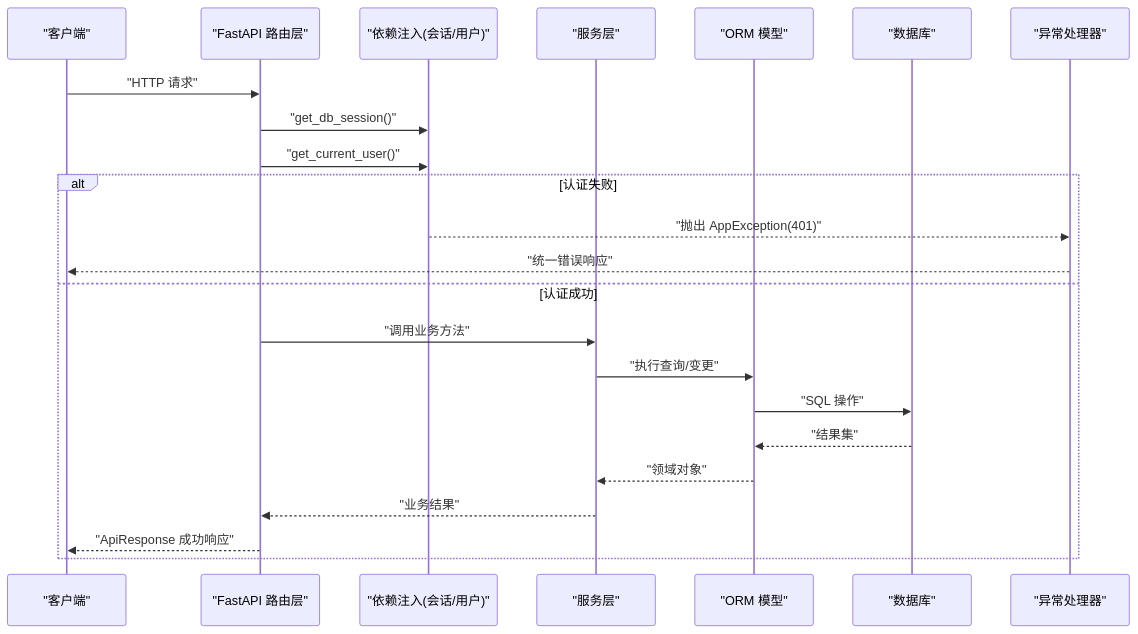
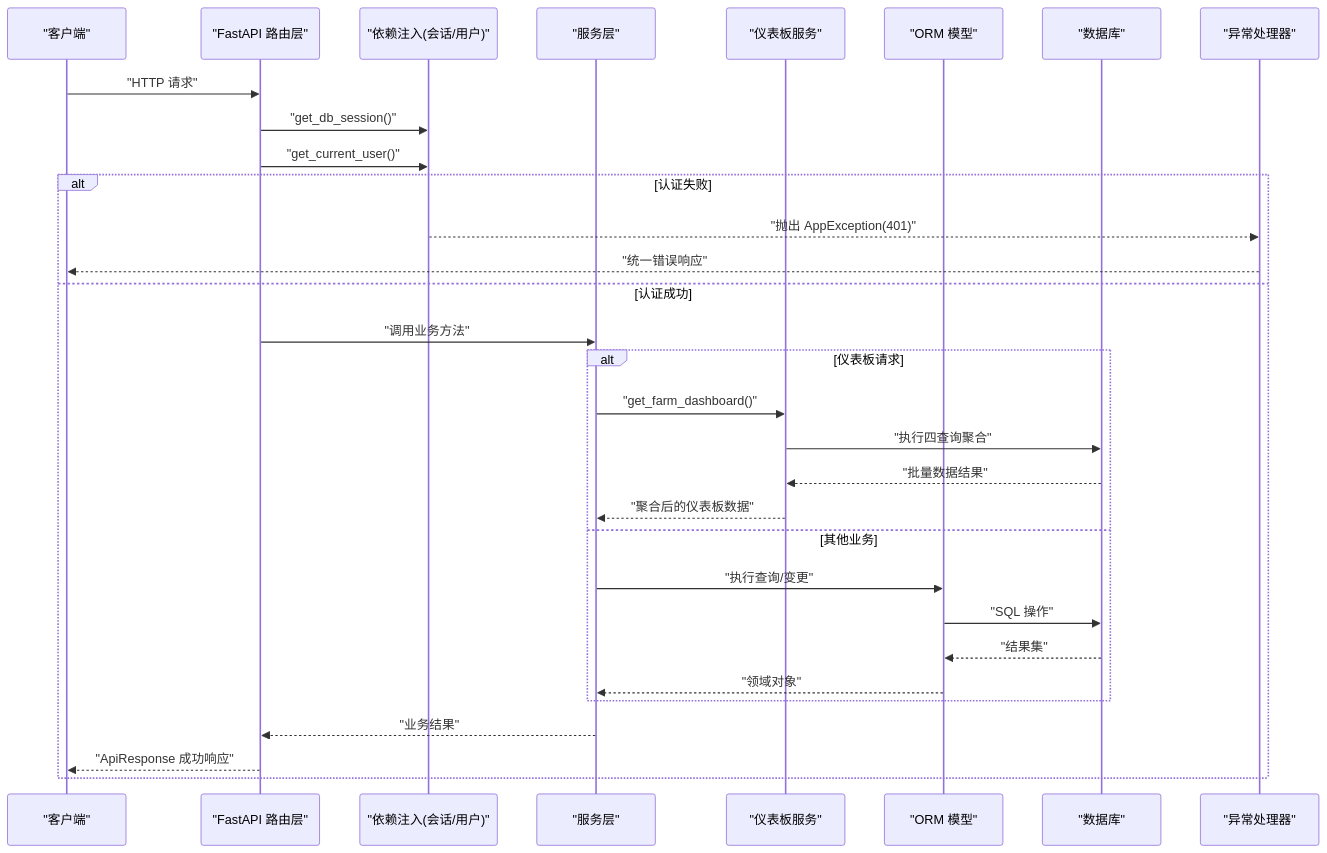
The second of 6 diagrams in .qoder/repowiki/zh/content/系统架构/后端架构/后端架构.md (wungjyan/pocket-farm), drawn with Mermaid before and after one commit. The commit also changed other lines of this file and 198 other files, not shown here.

````diff
--- a/.qoder/repowiki/zh/content/系统架构/后端架构/后端架构.md
+++ b/.qoder/repowiki/zh/content/系统架构/后端架构/后端架构.md
@@ -93,25 +108,33 @@
 ```mermaid
 sequenceDiagram
 participant Client as "客户端"
 participant API as "FastAPI 路由层"
 participant Deps as "依赖注入(会话/用户)"
 participant Svc as "服务层"
+participant DashSvc as "仪表板服务"
 participant Model as "ORM 模型"
 participant DB as "数据库"
 participant Ex as "异常处理器"
 Client->>API : "HTTP 请求"
 API->>Deps : "get_db_session()"
 API->>Deps : "get_current_user()"
 alt 认证失败
 Deps-->>Ex : "抛出 AppException(401)"
 Ex-->>Client : "统一错误响应"
 else 认证成功
 API->>Svc : "调用业务方法"
+alt 仪表板请求
+Svc->>DashSvc : "get_farm_dashboard()"
+DashSvc->>DB : "执行四查询聚合"
+DB-->>DashSvc : "批量数据结果"
+DashSvc-->>Svc : "聚合后的仪表板数据"
+else 其他业务
 Svc->>Model : "执行查询/变更"
 Model->>DB : "SQL 操作"
 DB-->>Model : "结果集"
 Model-->>Svc : "领域对象"
+end
 Svc-->>API : "业务结果"
 API-->>Client : "ApiResponse 成功响应"
 end
 ```
````
